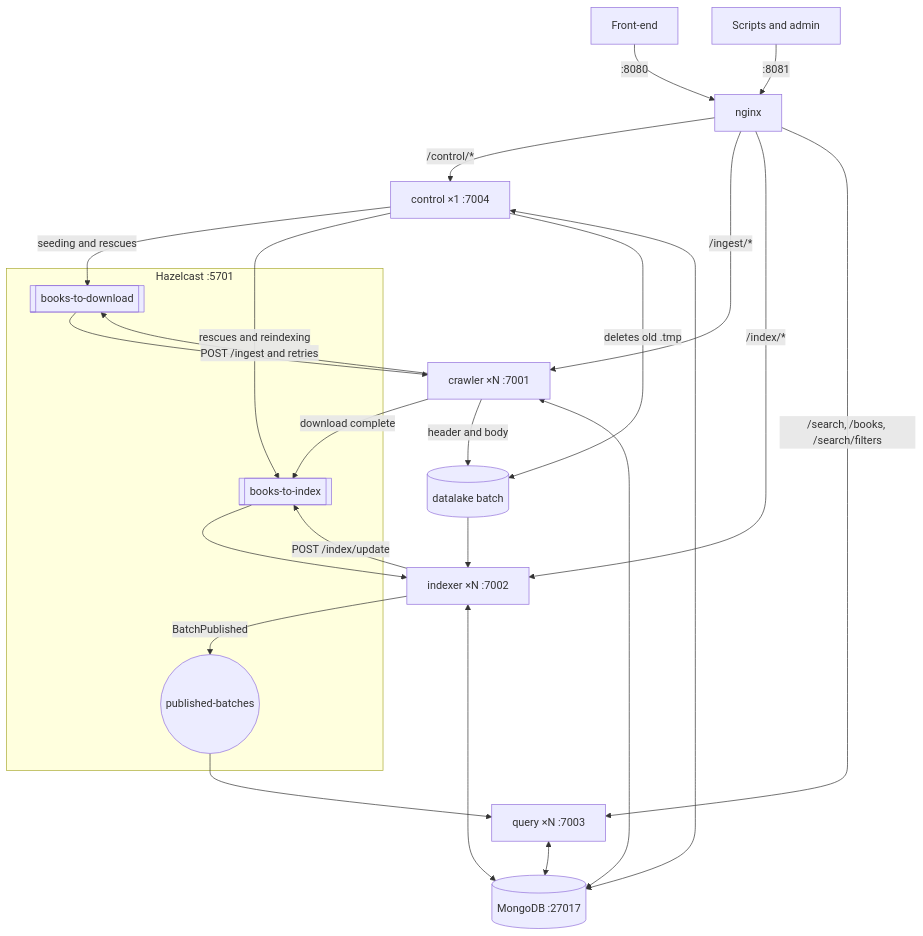
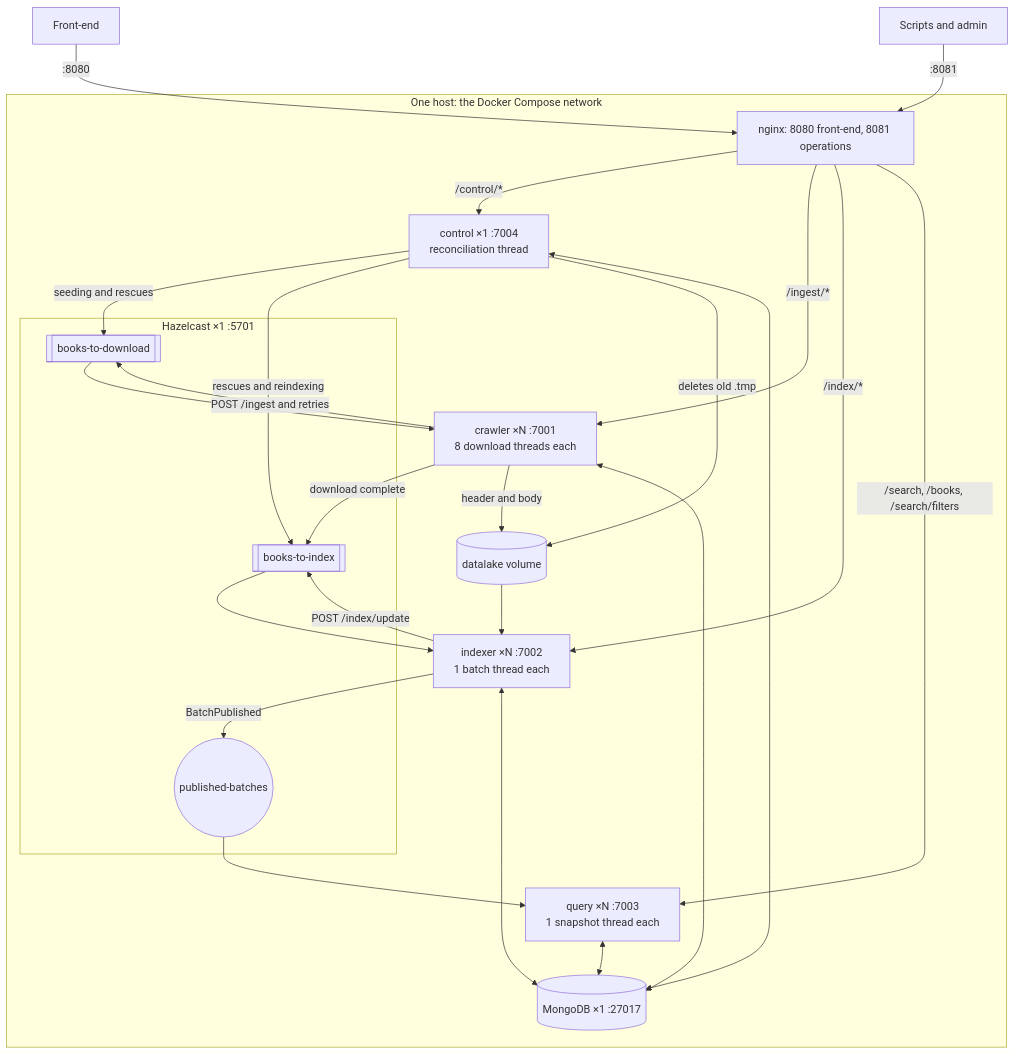
The diagram in SPEC.md (Query-Tarantino/stage_2), drawn with Mermaid before and after one commit. The commit also changed other lines of this file, not shown here.

Commit message:
Show the host, replicas and threads of each process in SPEC §2, and cite only the campaign
PDF §2.2 and §7.1 ask for diagrams and configuration that tell replicas from threads on the single host: the diagram now draws the Compose host and the threads of each replica, §2.2 lists every process with its replicas and threads and what threads share, §1 no longer says every mode coordinates through Hazelcast, §2.3 lists the files the modes added, and §9 states that the report cites the campaign, not the November runs.

````diff
--- a/SPEC.md
+++ b/SPEC.md
@@ -29,27 +27,38 @@
 ```mermaid
 flowchart TB
-  FE["Front-end"] -->|":8080"| NG["nginx"]
-  ADM["Scripts and admin"] -->|":8081"| NG
-  NG -->|"/control/*"| CT["control ×1 :7004"]
-  NG -->|"/ingest/*"| CR["crawler ×N :7001"]
-  NG -->|"/index/*"| IX["indexer ×N :7002"]
-  NG -->|"/search, /books, /search/filters"| Q["query ×N :7003"]
-  subgraph HZ["Hazelcast :5701"]
-    QD[["books-to-download"]]
-    QI[["books-to-index"]]
-    TP(("published-batches"))
+  FE["Front-end"]
+  ADM["Scripts and admin"]
+  subgraph HOST["One host: the Docker Compose network"]
+    NG["nginx: 8080 front-end, 8081 operations"]
+    CT["control ×1 :7004<br/>reconciliation thread"]
+    CR["crawler ×N :7001<br/>8 download threads each"]
+    IX["indexer ×N :7002<br/>1 batch thread each"]
+    Q["query ×N :7003<br/>1 snapshot thread each"]
+    subgraph HZ["Hazelcast ×1 :5701"]
+      QD[["books-to-download"]]
+      QI[["books-to-index"]]
+      TP(("published-batches"))
+    end
+    DL[("datalake volume")]
+    M[("MongoDB ×1 :27017")]
   end
+  FE -->|":8080"| NG
+  ADM -->|":8081"| NG
+  NG -->|"/control/*"| CT
+  NG -->|"/ingest/*"| CR
+  NG -->|"/index/*"| IX
+  NG -->|"/search, /books, /search/filters"| Q
   CT -->|"seeding and rescues"| QD
   QD --> CR
   CR -->|"POST /ingest and retries"| QD
   CR -->|"download complete"| QI
   CT -->|"rescues and reindexing"| QI
   QI --> IX
   IX -->|"POST /index/update"| QI
   IX -->|"BatchPublished"| TP
   TP --> Q
-  CR -->|"header and body"| DL[("datalake batch")]
+  CR -->|"header and body"| DL
   DL --> IX
   CT -->|"deletes old .tmp"| DL
-  CR & IX & CT & Q <--> M[("MongoDB :27017")]
+  CR & IX & CT & Q <--> M
 ```
````
